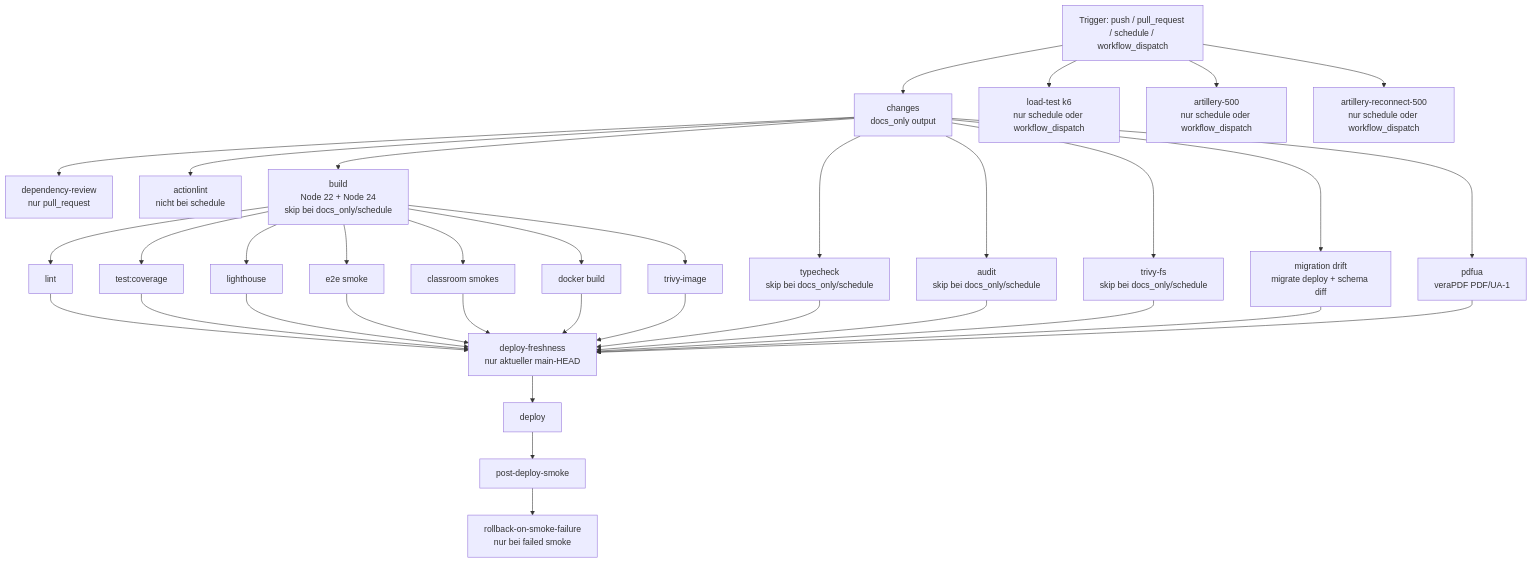
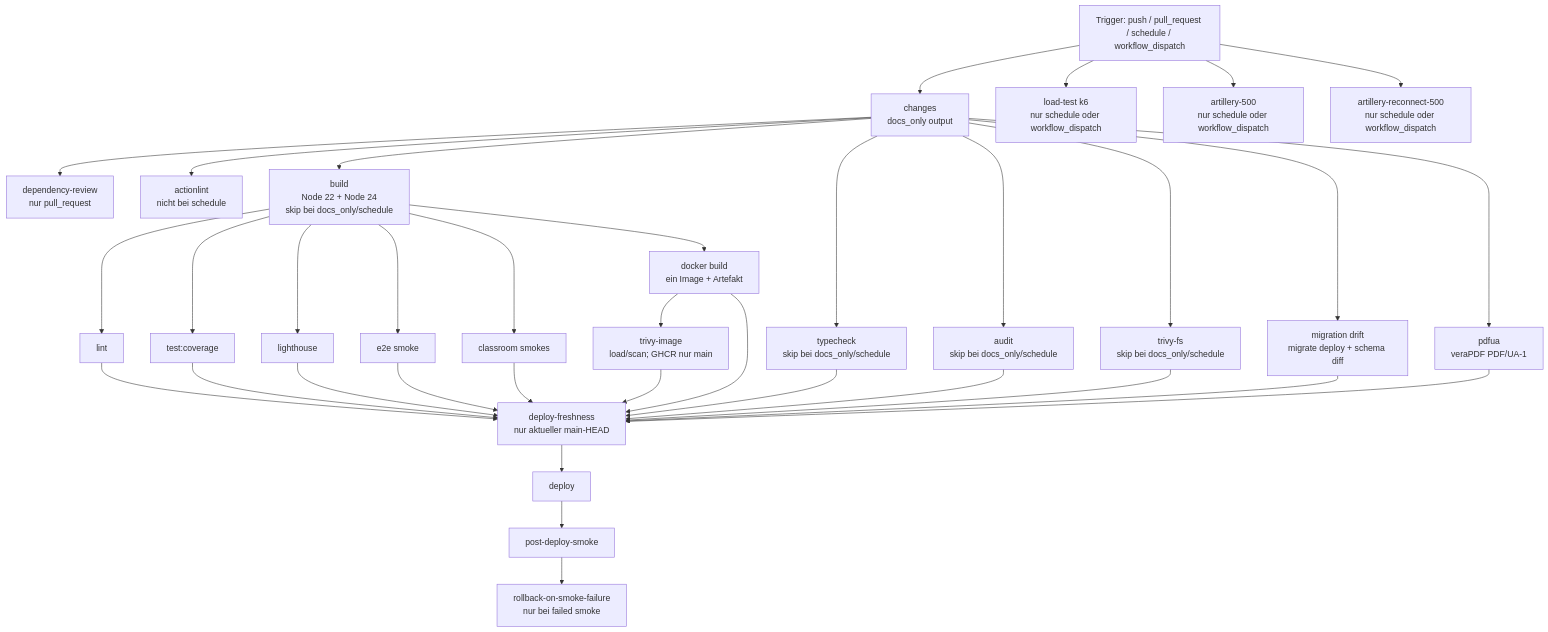
Before and after one commit to kqc-real/arsnova.eu: the diagram in docs/CI-WORKFLOW.md, drawn with Mermaid. The commit also changed other lines of this file and 4 other files, not shown here.

First line of the commit message:
ci(docker): build production image once, scan artifact, push GHCR on main

````diff
--- a/docs/CI-WORKFLOW.md
+++ b/docs/CI-WORKFLOW.md
@@ -64,44 +64,44 @@
 ```mermaid
 flowchart TD
   A[Trigger: push / pull_request / schedule / workflow_dispatch]
   A --> Z[changes<br/>docs_only output]
 
   Z --> B[dependency-review<br/>nur pull_request]
   Z --> C[actionlint<br/>nicht bei schedule]
   Z --> D[build<br/>Node 22 + Node 24<br/>skip bei docs_only/schedule]
   Z --> E[typecheck<br/>skip bei docs_only/schedule]
   Z --> F[audit<br/>skip bei docs_only/schedule]
   Z --> G[trivy-fs<br/>skip bei docs_only/schedule]
   Z --> G2[migration drift<br/>migrate deploy + schema diff]
   Z --> PUA[pdfua<br/>veraPDF PDF/UA-1]
 
   D --> H[lint]
   D --> I[test:coverage]
   D --> J[lighthouse]
   D --> K[e2e smoke]
   D --> K2[classroom smokes]
-  D --> L[docker build]
-  D --> M[trivy-image]
+  D --> L[docker build<br/>ein Image + Artefakt]
+  L --> M[trivy-image<br/>load/scan; GHCR nur main]
 
   H --> Q[deploy-freshness<br/>nur aktueller main-HEAD]
   I --> Q
   J --> Q
   K --> Q
   K2 --> Q
   L --> Q
   E --> Q
   F --> Q
   G --> Q
   G2 --> Q
   PUA --> Q
   M --> Q
 
   Q --> N[deploy]
 
   N --> O[post-deploy-smoke]
   O --> P[rollback-on-smoke-failure<br/>nur bei failed smoke]
 
   A --> R[load-test k6<br/>nur schedule oder workflow_dispatch]
   A --> R2[artillery-500<br/>nur schedule oder workflow_dispatch]
   A --> R2a[artillery-reconnect-500<br/>nur schedule oder workflow_dispatch]
 ```
````
